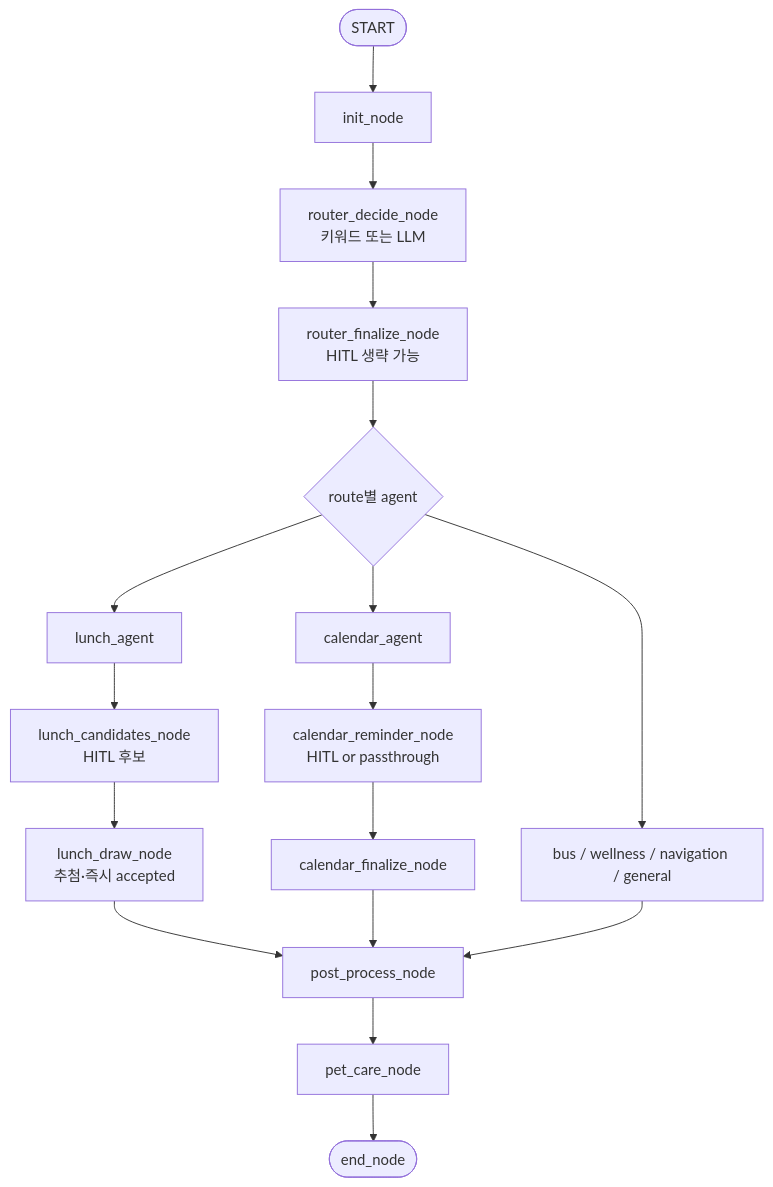
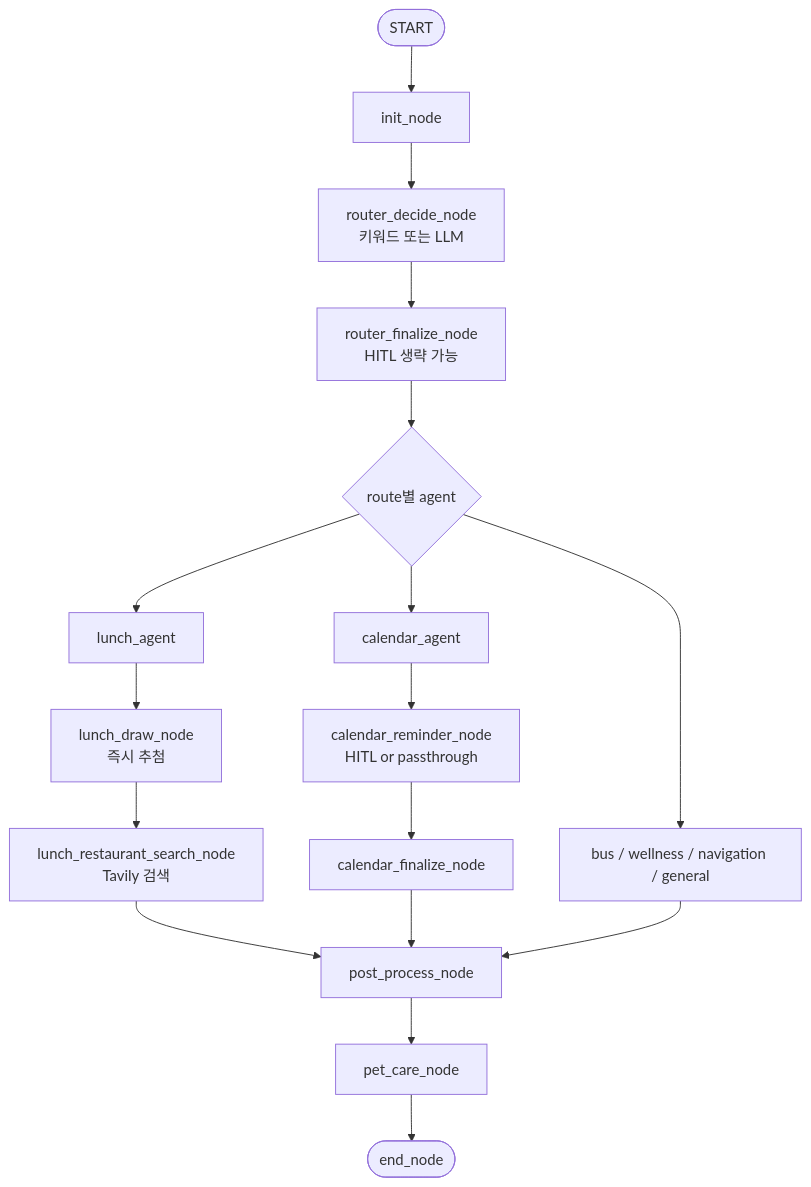
The diagram in README.md (Jacob-9909/JarvisMini), drawn with Mermaid before and after one commit. The commit also changed other lines of this file and 12 other files, not shown here.

Commit message:
feat: integrate NVIDIA NIM support, add Tavily restaurant search agent, and refactor lunch workflow to remove unnecessary HITL steps.

````diff
--- a/README.md
+++ b/README.md
@@ -89,19 +89,19 @@
 ```mermaid
 flowchart TB
   START([START]) --> init[init_node]
   init --> rdec[router_decide_node<br/>키워드 또는 LLM]
   rdec --> rfin[router_finalize_node<br/>HITL 생략 가능]
   rfin --> fork{route별 agent}
   fork --> lunch[lunch_agent]
   fork --> cal[calendar_agent]
   fork --> other[bus / wellness / navigation / general]
-  lunch --> lc1[lunch_candidates_node<br/>HITL 후보]
-  lc1 --> ld[lunch_draw_node<br/>추첨·즉시 accepted]
-  ld --> pp[post_process_node]
+  lunch --> ld[lunch_draw_node<br/>즉시 추첨]
+  ld --> lrs[lunch_restaurant_search_node<br/>Tavily 검색]
+  lrs --> pp[post_process_node]
   cal --> cr[calendar_reminder_node<br/>HITL or passthrough]
   cr --> cfin[calendar_finalize_node]
   cfin --> pp
   other --> pp
   pp --> care[pet_care_node]
   care --> endn([end_node])
 ```
````
